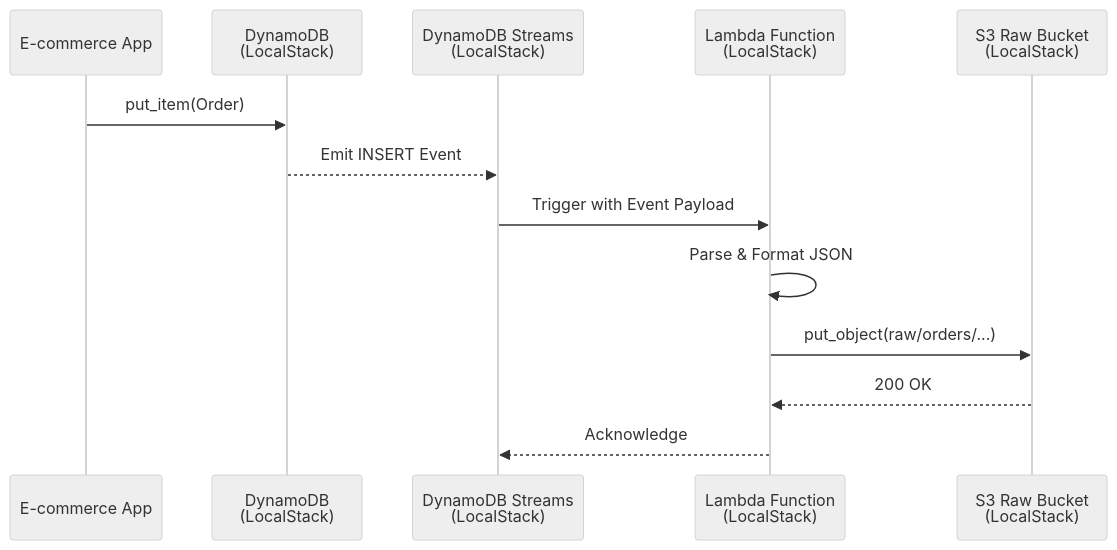
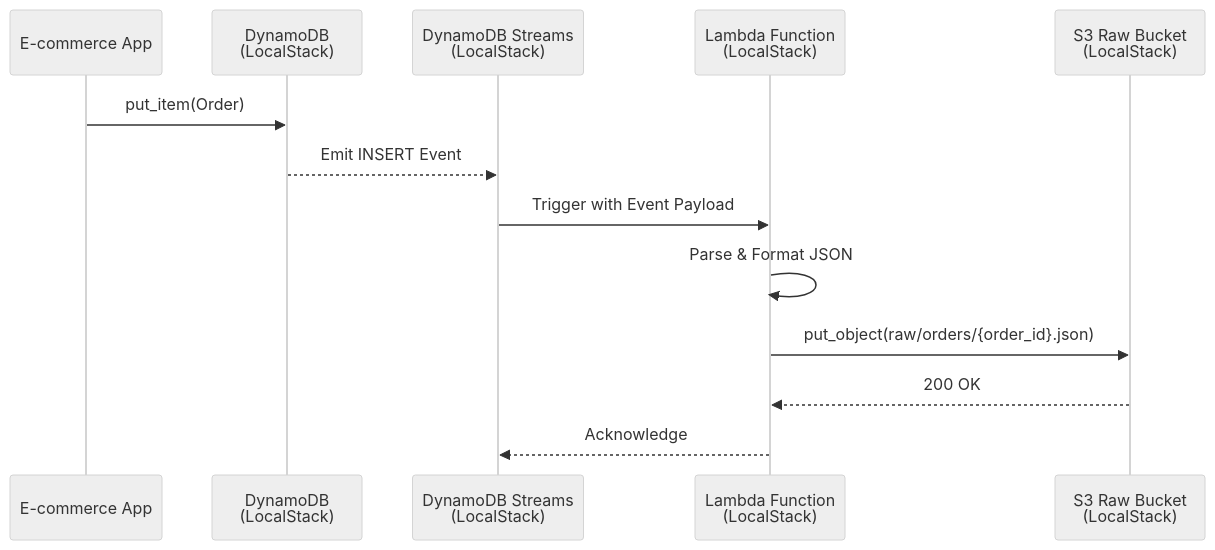
One commit to arsalankazi/dynamodb-airflow-lakehouse-pipeline changed the fourth of 4 diagrams in README.md. Above: the diagram before and after it, drawn with Mermaid (neutral theme). The commit also changed other lines of this file, not shown here.

````diff
--- a/README.md
+++ b/README.md
@@ -151,16 +151,16 @@
 ```mermaid
 sequenceDiagram
     participant App as E-commerce App
     participant DDB as DynamoDB<br/>(LocalStack)
     participant Stream as DynamoDB Streams<br/>(LocalStack)
     participant Lambda as Lambda Function<br/>(LocalStack)
     participant S3 as S3 Raw Bucket<br/>(LocalStack)
 
     App->>DDB: put_item(Order)
     DDB-->>Stream: Emit INSERT Event
     Stream->>Lambda: Trigger with Event Payload
     Lambda->>Lambda: Parse & Format JSON
-    Lambda->>S3: put_object(raw/orders/...)
+    Lambda->>S3: put_object(raw/orders/{order_id}.json)
     S3-->>Lambda: 200 OK
     Lambda-->>Stream: Acknowledge
 ```
````
